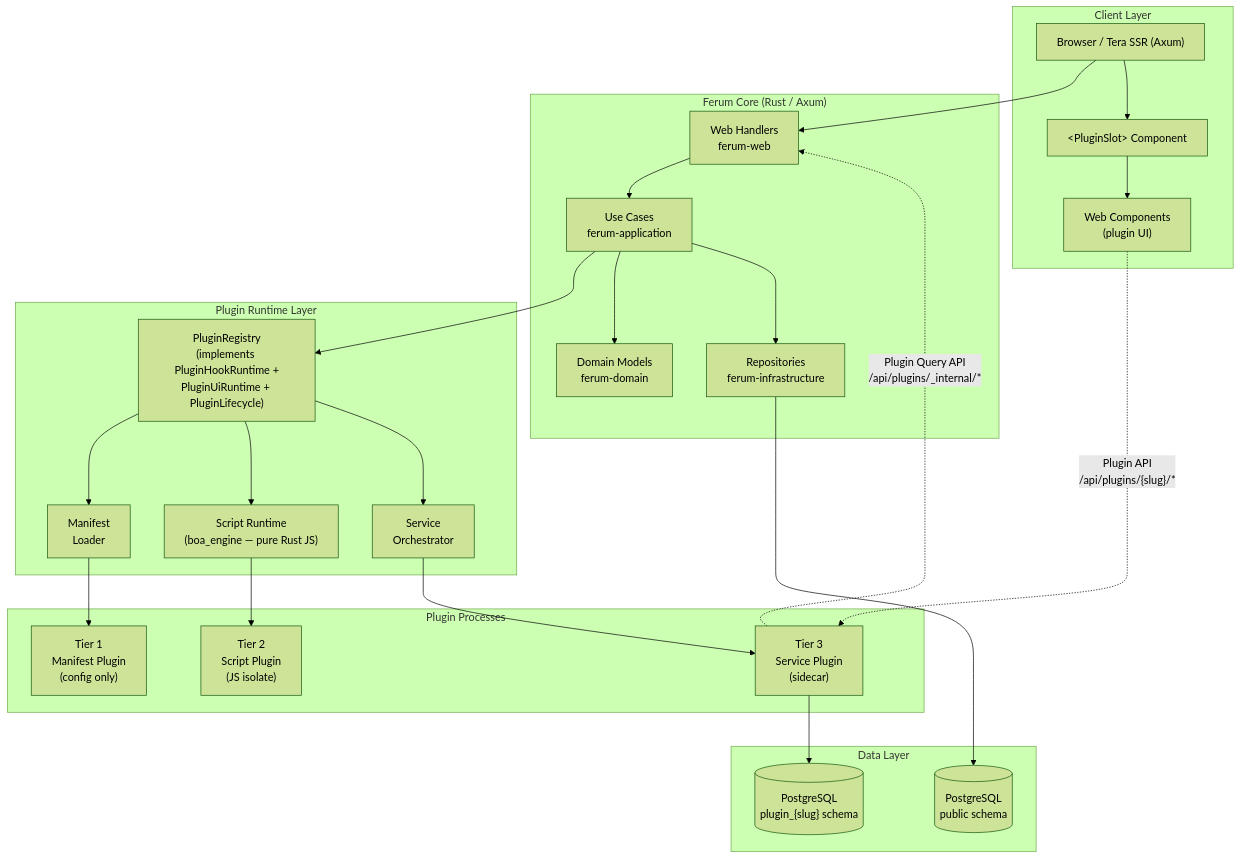
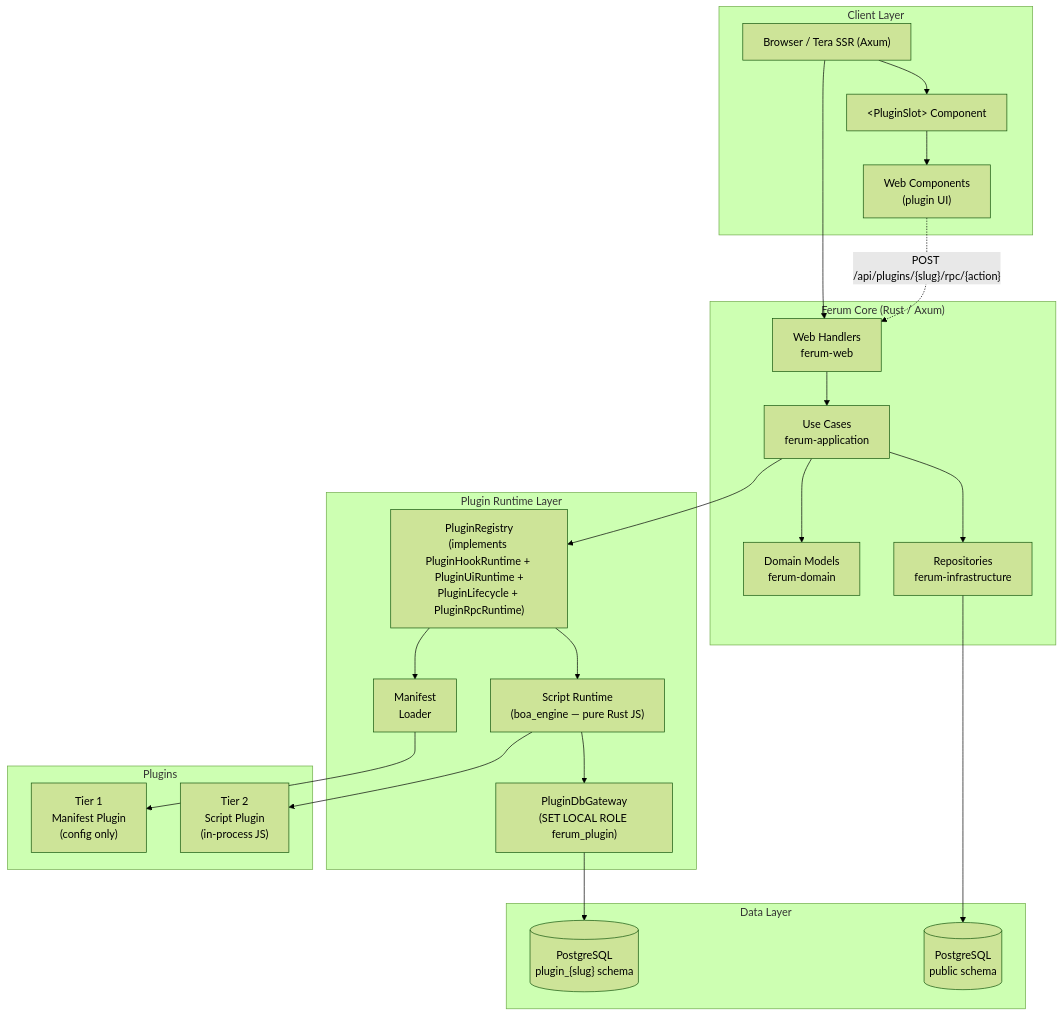
Before and after one commit to rex-pj/ferum-board: the first of 14 diagrams in docs/plugin-system/technical-design.md, drawn with Mermaid (forest theme). The commit also changed other lines of this file and 18 other files, not shown here.

````diff
--- a/docs/plugin-system/technical-design.md
+++ b/docs/plugin-system/technical-design.md
@@ -55,48 +63,45 @@
 ```mermaid
 graph TB
     subgraph CLIENT["Client Layer"]
         Browser["Browser / Tera SSR (Axum)"]
         PluginSlot["&lt;PluginSlot&gt; Component"]
         WebComp["Web Components\n(plugin UI)"]
     end
 
     subgraph CORE["Ferum Core (Rust / Axum)"]
         Handler["Web Handlers\nferum-web"]
         UseCase["Use Cases\nferum-application"]
         Domain["Domain Models\nferum-domain"]
         Infra["Repositories\nferum-infrastructure"]
     end
 
     subgraph RUNTIME["Plugin Runtime Layer"]
-        Registry["PluginRegistry\n(implements PluginHookRuntime +\nPluginUiRuntime + PluginLifecycle)"]
+        Registry["PluginRegistry\n(implements PluginHookRuntime + PluginUiRuntime +\nPluginLifecycle + PluginRpcRuntime)"]
         ManifestLoader["Manifest\nLoader"]
         ScriptRuntime["Script Runtime\n(boa_engine — pure Rust JS)"]
-        ServiceOrch["Service\nOrchestrator"]
+        DbGateway["PluginDbGateway\n(SET LOCAL ROLE ferum_plugin)"]
     end
 
-    subgraph PLUGINS["Plugin Processes"]
+    subgraph PLUGINS["Plugins"]
         P1["Tier 1\nManifest Plugin\n(config only)"]
-        P2["Tier 2\nScript Plugin\n(JS isolate)"]
-        P3["Tier 3\nService Plugin\n(sidecar)"]
+        P2["Tier 2\nScript Plugin\n(in-process JS)"]
     end
 
     subgraph DATA["Data Layer"]
         PG[("PostgreSQL\npublic schema")]
         PluginPG[("PostgreSQL\nplugin_{slug} schema")]
     end
 
     Browser --> Handler
     Browser --> PluginSlot
     PluginSlot --> WebComp
     Handler --> UseCase
     UseCase --> Registry
     UseCase --> Domain
     UseCase --> Infra
     Infra --> PG
     Registry --> ManifestLoader --> P1
     Registry --> ScriptRuntime --> P2
-    Registry --> ServiceOrch --> P3
-    P3 --> PluginPG
-    P3 -.->|"Plugin Query API\n/api/plugins/_internal/*"| Handler
-    WebComp -.->|"Plugin API\n/api/plugins/{slug}/*"| P3
+    ScriptRuntime --> DbGateway --> PluginPG
+    WebComp -.->|"POST /api/plugins/{slug}/rpc/{action}"| Handler
 ```
````
